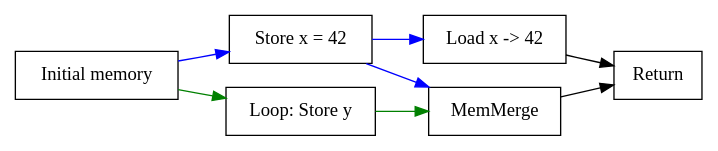
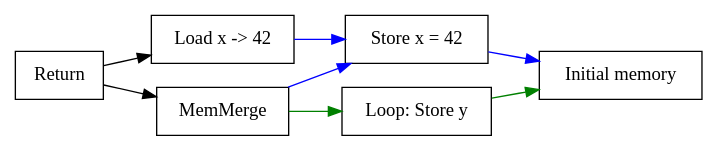
Before and after one commit to SeaOfNodes/Simple: the diagram in chapter10b/docs/example1.gv, drawn with Graphviz. The commit also changed 17 other files, not shown here.

```diff
--- a/chapter10b/docs/example1.gv
+++ b/chapter10b/docs/example1.gv
@@ -1,11 +1,11 @@
 digraph Memory {
   rankdir=LR;
   node [shape=box];
   M [label="Initial memory"];
   X [label="Store x = 42"];
   Y [label="Loop: Store y"];
   L [label="Load x -> 42"];
-  M -> X -> L [color=blue]; M -> Y [color=green];
-  X -> MemMerge [color=blue]; Y -> MemMerge [color=green];
-  MemMerge -> Return; L -> Return;
+  L -> X -> M [color=blue]; Y -> M [color=green];
+  MemMerge -> X [color=blue]; MemMerge -> Y [color=green];
+  Return -> MemMerge; Return -> L;
 }
```
